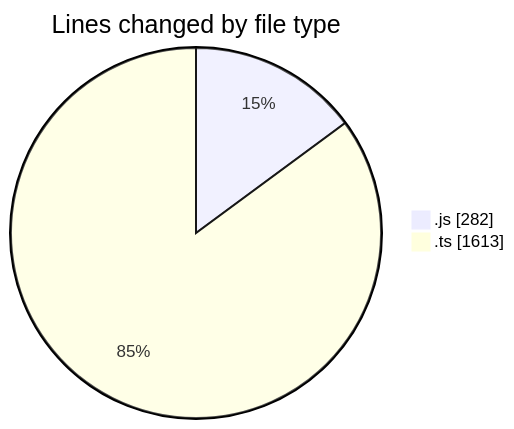
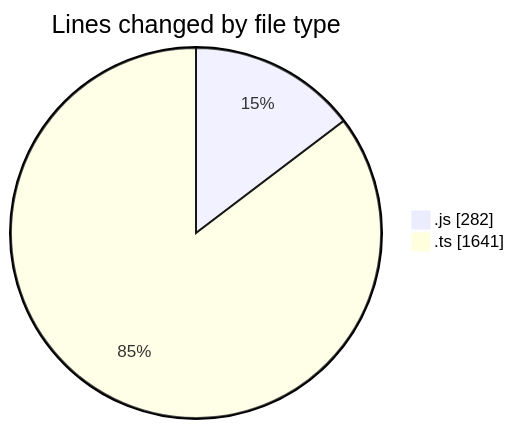
The first of 2 diagrams in 2025-05-29/cda/README.md (momahboobian/code-tracking), drawn with Mermaid before and after one commit. The commit also changed other lines of this file and 1 other file, not shown here.

````diff
--- a/2025-05-29/cda/README.md
+++ b/2025-05-29/cda/README.md
@@ -22,6 +22,6 @@
 ```mermaid
 pie showData
 title Lines changed by file type
 ".js" : 282
-".ts" : 1613
+".ts" : 1641
 ```
````
